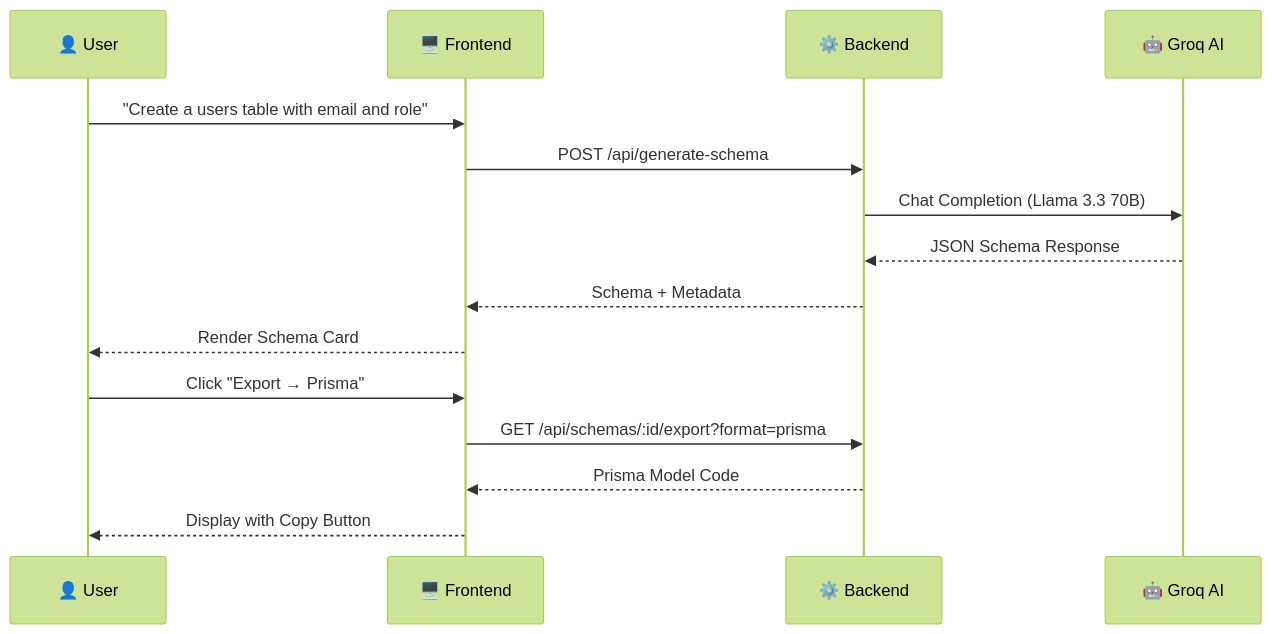
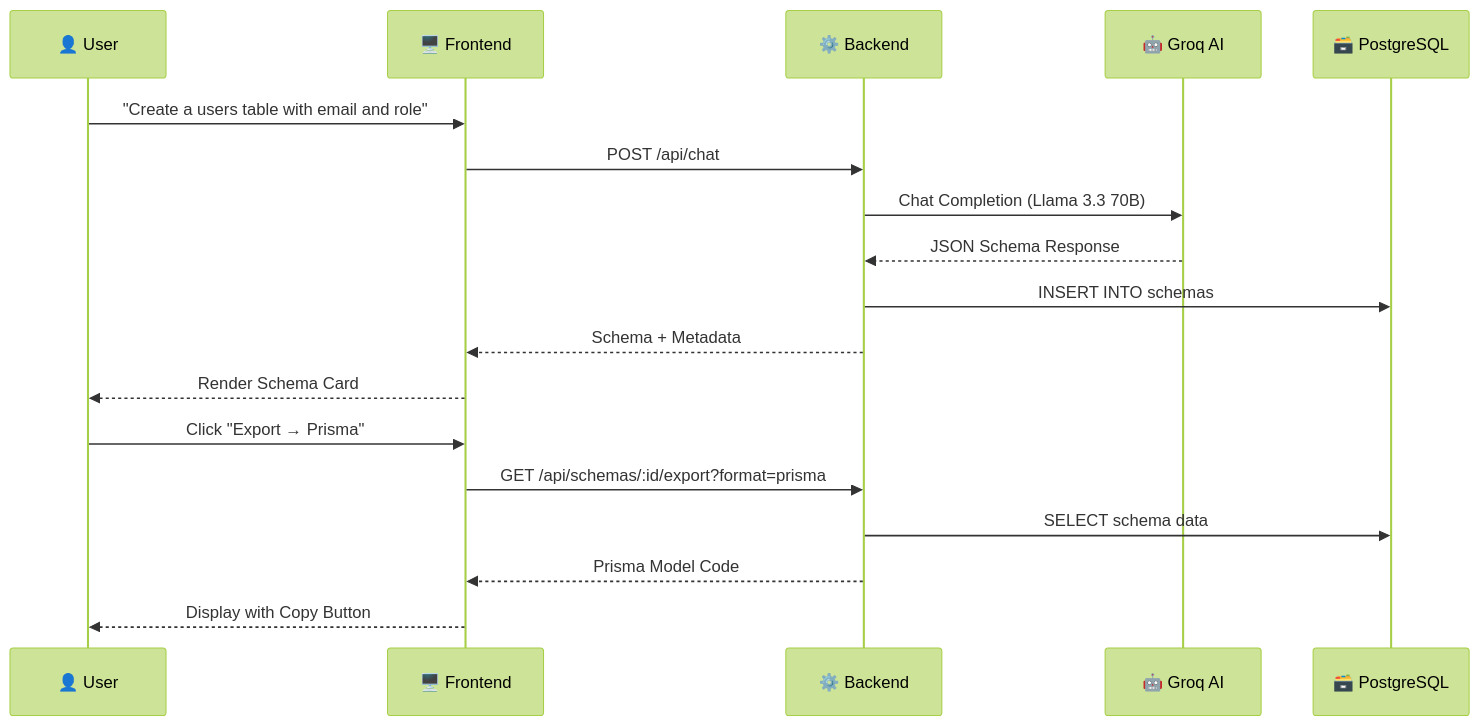
Before and after one commit to Neerav02/StrucBot: the second of 2 diagrams in README.md, drawn with Mermaid (forest theme). The commit also changed other lines of this file and 10 other files, not shown here.

````diff
--- a/README.md
+++ b/README.md
@@ -114,19 +135,22 @@
 ```mermaid
 sequenceDiagram
     participant U as 👤 User
     participant F as 🖥️ Frontend
     participant B as ⚙️ Backend
     participant G as 🤖 Groq AI
+    participant DB as 🗃️ PostgreSQL
 
     U->>F: "Create a users table with email and role"
-    F->>B: POST /api/generate-schema
+    F->>B: POST /api/chat
     B->>G: Chat Completion (Llama 3.3 70B)
     G-->>B: JSON Schema Response
+    B->>DB: INSERT INTO schemas
     B-->>F: Schema + Metadata
     F-->>U: Render Schema Card
 
     U->>F: Click "Export → Prisma"
     F->>B: GET /api/schemas/:id/export?format=prisma
+    B->>DB: SELECT schema data
     B-->>F: Prisma Model Code
     F-->>U: Display with Copy Button
 ```
````
